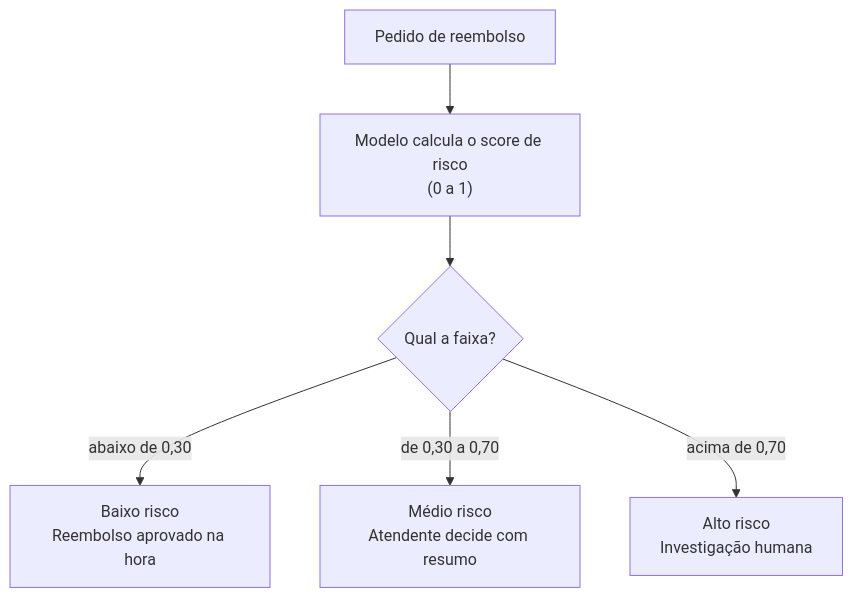
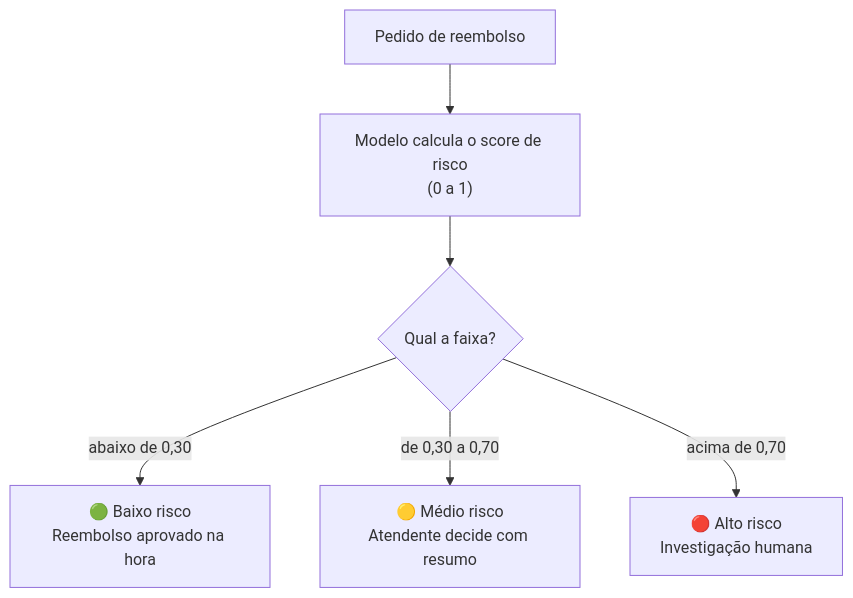
The second of 11 diagrams in README.md (leosantb/triagem-reembolso-ia), drawn with Mermaid before and after one commit. The commit also changed other lines of this file, not shown here.

````diff
--- a/README.md
+++ b/README.md
@@ -13,8 +41,8 @@
 ```mermaid
 flowchart TD
     A["Pedido de reembolso"] --> B["Modelo calcula o score de risco<br/>(0 a 1)"]
     B --> C{"Qual a faixa?"}
-    C -->|"abaixo de 0,30"| D["Baixo risco<br/>Reembolso aprovado na hora"]
-    C -->|"de 0,30 a 0,70"| E["Médio risco<br/>Atendente decide com resumo"]
-    C -->|"acima de 0,70"| F["Alto risco<br/>Investigação humana"]
+    C -->|"abaixo de 0,30"| D["🟢 Baixo risco<br/>Reembolso aprovado na hora"]
+    C -->|"de 0,30 a 0,70"| E["🟡 Médio risco<br/>Atendente decide com resumo"]
+    C -->|"acima de 0,70"| F["🔴 Alto risco<br/>Investigação humana"]
 ```
````
